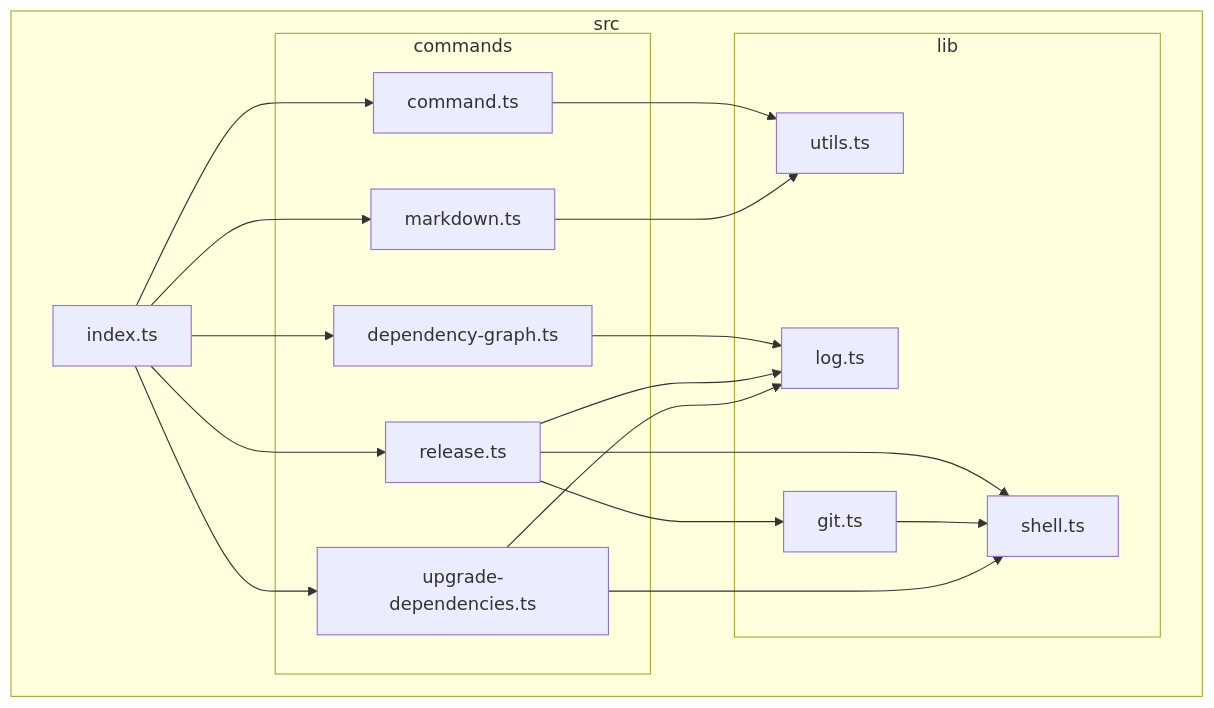
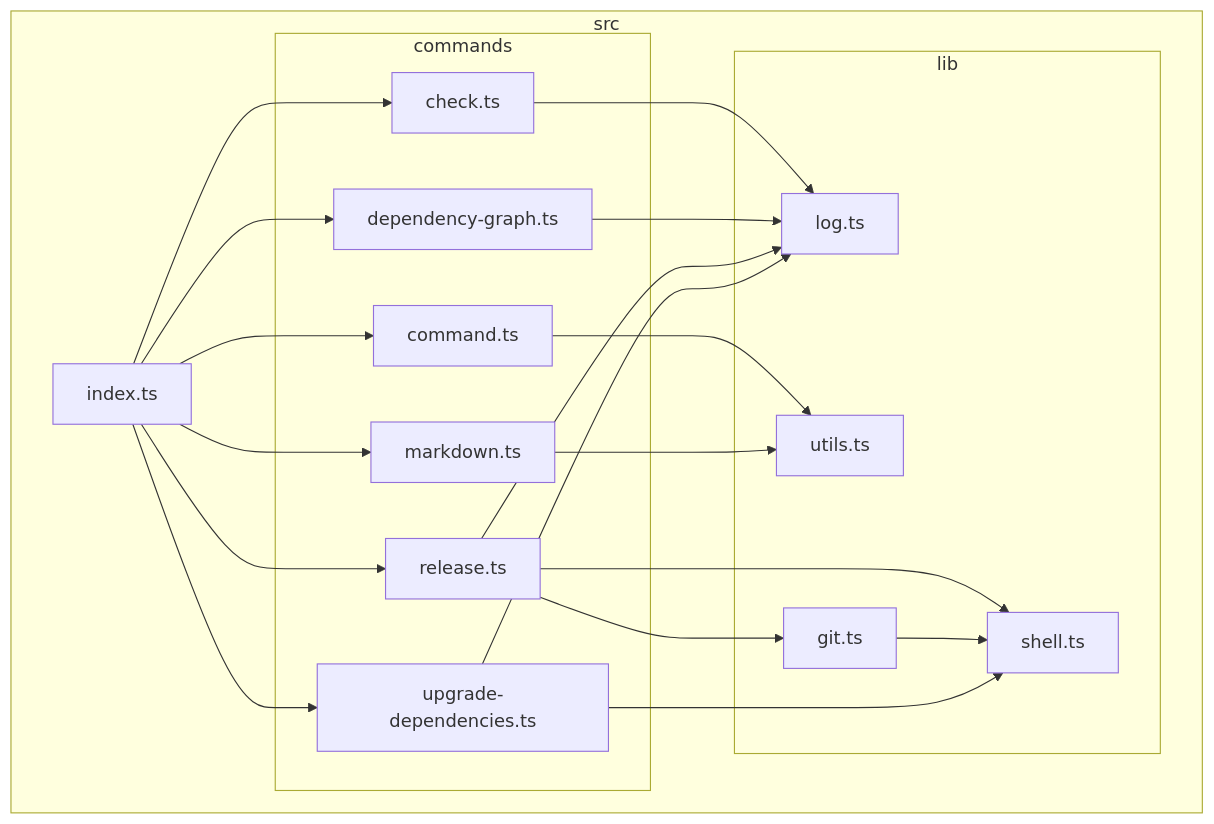
One commit to versatiles-org/node-release-tool changed the diagram in README.md. Above: the diagram before and after it, drawn with Mermaid. The commit also changed other lines of this file, not shown here.

````diff
--- a/README.md
+++ b/README.md
@@ -157,34 +170,37 @@
 ```mermaid
 flowchart TB
 
 subgraph 0["src"]
 subgraph 1["commands"]
-2["command.ts"]
-5["dependency-graph.ts"]
-7["markdown.ts"]
-8["release.ts"]
-B["upgrade-dependencies.ts"]
+2["check.ts"]
+5["command.ts"]
+7["dependency-graph.ts"]
+8["markdown.ts"]
+9["release.ts"]
+C["upgrade-dependencies.ts"]
 end
 subgraph 3["lib"]
-4["utils.ts"]
-6["log.ts"]
-9["git.ts"]
-A["shell.ts"]
+4["log.ts"]
+6["utils.ts"]
+A["git.ts"]
+B["shell.ts"]
 end
-C["index.ts"]
+D["index.ts"]
 end
 2-->4
 5-->6
 7-->4
-8-->9
 8-->6
-8-->A
 9-->A
-B-->6
-B-->A
-C-->2
-C-->5
-C-->7
-C-->8
+9-->4
+9-->B
+A-->B
+C-->4
 C-->B
+D-->2
+D-->5
+D-->7
+D-->8
+D-->9
+D-->C
 ```
````
